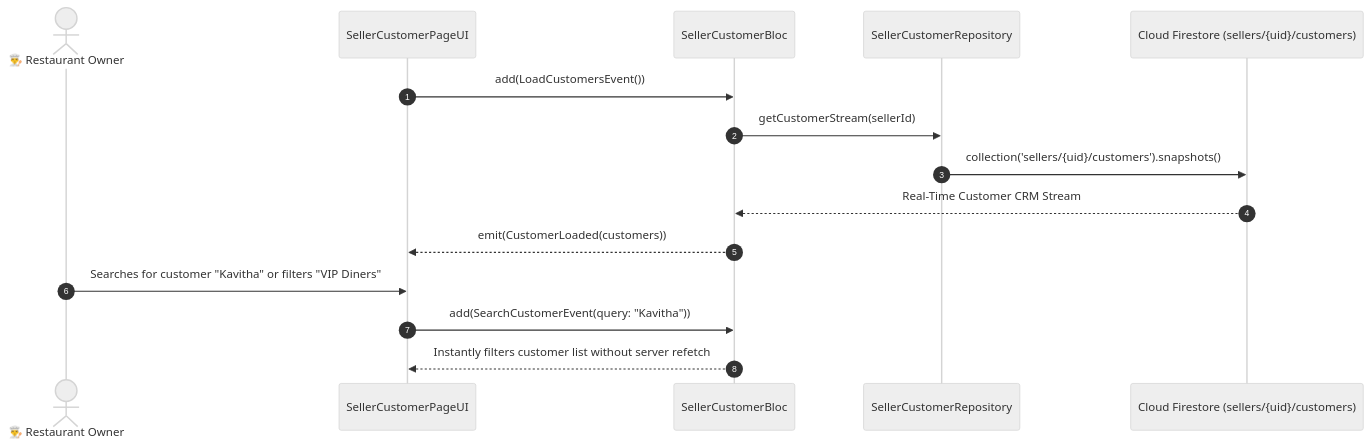
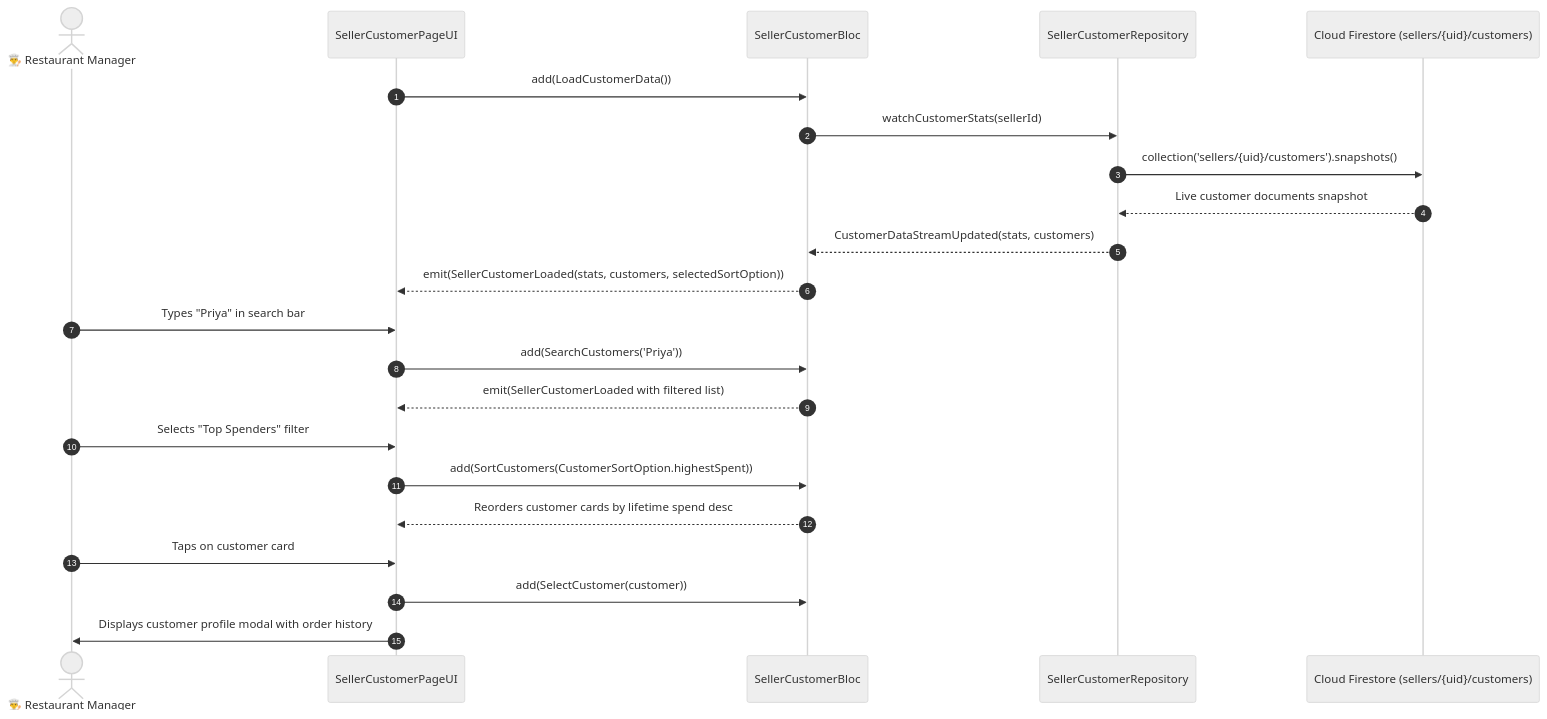
The diagram in .md_files/04_Seller_Human_Journey_And_Testing/06_Customer_Engagement_And_Support/21_SELLER_CUSTOMER_PAGE.md (SRIKUMAR10/food_delivery_app), drawn with Mermaid (neutral theme) before and after one commit. The commit also changed other lines of this file and 204 other files, not shown here.

````diff
--- a/.md_files/04_Seller_Human_Journey_And_Testing/06_Customer_Engagement_And_Support/21_SELLER_CUSTOMER_PAGE.md
+++ b/.md_files/04_Seller_Human_Journey_And_Testing/06_Customer_Engagement_And_Support/21_SELLER_CUSTOMER_PAGE.md
@@ -16,18 +18,25 @@
 ```mermaid
 sequenceDiagram
     autonumber
-    actor Seller as 👨‍🍳 Restaurant Owner
+    actor Manager as 👨‍🍳 Restaurant Manager
     participant UI as SellerCustomerPageUI
     participant Bloc as SellerCustomerBloc
     participant Repo as SellerCustomerRepository
     participant FS as Cloud Firestore (sellers/{uid}/customers)
 
-    UI->>Bloc: add(LoadCustomersEvent())
-    Bloc->>Repo: getCustomerStream(sellerId)
+    UI->>Bloc: add(LoadCustomerData())
+    Bloc->>Repo: watchCustomerStats(sellerId)
     Repo->>FS: collection('sellers/{uid}/customers').snapshots()
-    FS-->>Bloc: Real-Time Customer CRM Stream
-    Bloc-->>UI: emit(CustomerLoaded(customers))
-    Seller->>UI: Searches for customer "Kavitha" or filters "VIP Diners"
-    UI->>Bloc: add(SearchCustomerEvent(query: "Kavitha"))
-    Bloc-->>UI: Instantly filters customer list without server refetch
+    FS-->>Repo: Live customer documents snapshot
+    Repo-->>Bloc: CustomerDataStreamUpdated(stats, customers)
+    Bloc-->>UI: emit(SellerCustomerLoaded(stats, customers, selectedSortOption))
+    Manager->>UI: Types "Priya" in search bar
+    UI->>Bloc: add(SearchCustomers('Priya'))
+    Bloc-->>UI: emit(SellerCustomerLoaded with filtered list)
+    Manager->>UI: Selects "Top Spenders" filter
+    UI->>Bloc: add(SortCustomers(CustomerSortOption.highestSpent))
+    Bloc-->>UI: Reorders customer cards by lifetime spend desc
+    Manager->>UI: Taps on customer card
+    UI->>Bloc: add(SelectCustomer(customer))
+    UI->>Manager: Displays customer profile modal with order history
 ```
````
